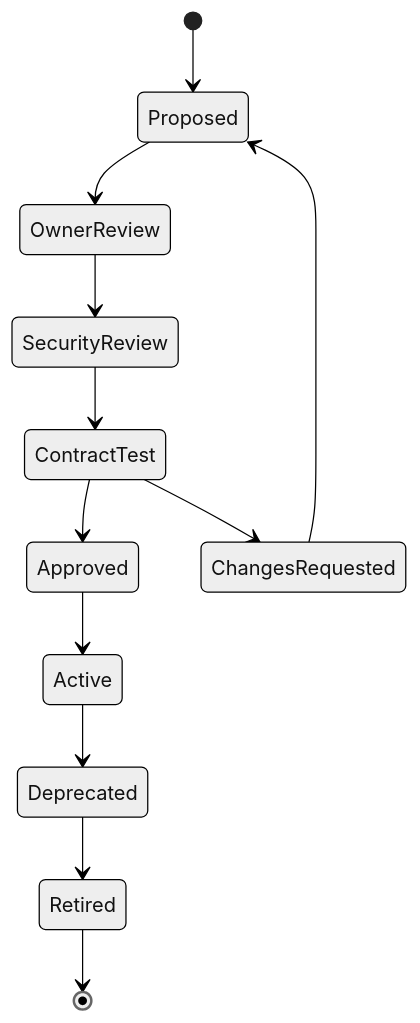
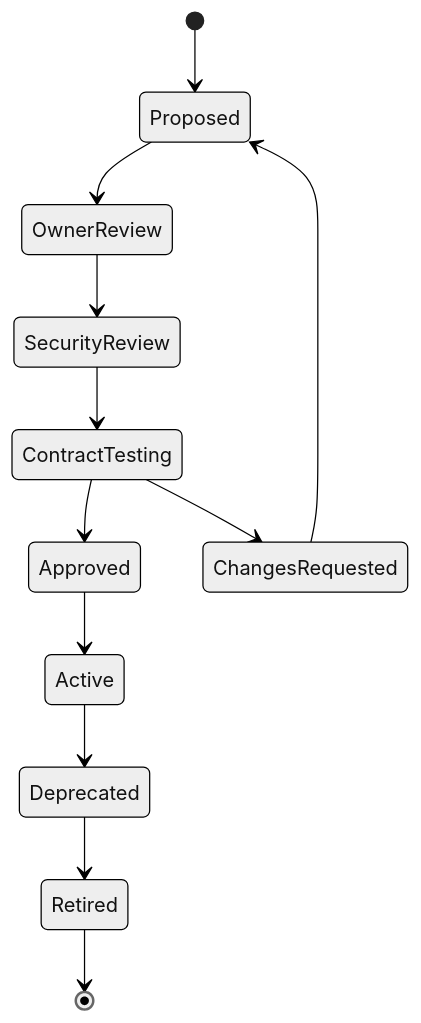
One commit to Brajesh31/API-Gateway-Tripzy changed the diagram in docs/service-contracts.md. Above: the diagram before and after it, drawn with Mermaid (neutral theme). The commit also changed other lines of this file, not shown here.

````diff
--- a/docs/service-contracts.md
+++ b/docs/service-contracts.md
@@ -76,14 +69,14 @@
 ```mermaid
 stateDiagram-v2
-    [*] --> Proposed
-    Proposed --> OwnerReview
-    OwnerReview --> SecurityReview
-    SecurityReview --> ContractTest
-    ContractTest --> Approved
-    ContractTest --> ChangesRequested
-    ChangesRequested --> Proposed
-    Approved --> Active
-    Active --> Deprecated
-    Deprecated --> Retired
-    Retired --> [*]
+  [*] --> Proposed
+  Proposed --> OwnerReview
+  OwnerReview --> SecurityReview
+  SecurityReview --> ContractTesting
+  ContractTesting --> Approved
+  ContractTesting --> ChangesRequested
+  ChangesRequested --> Proposed
+  Approved --> Active
+  Active --> Deprecated
+  Deprecated --> Retired
+  Retired --> [*]
 ```
````
